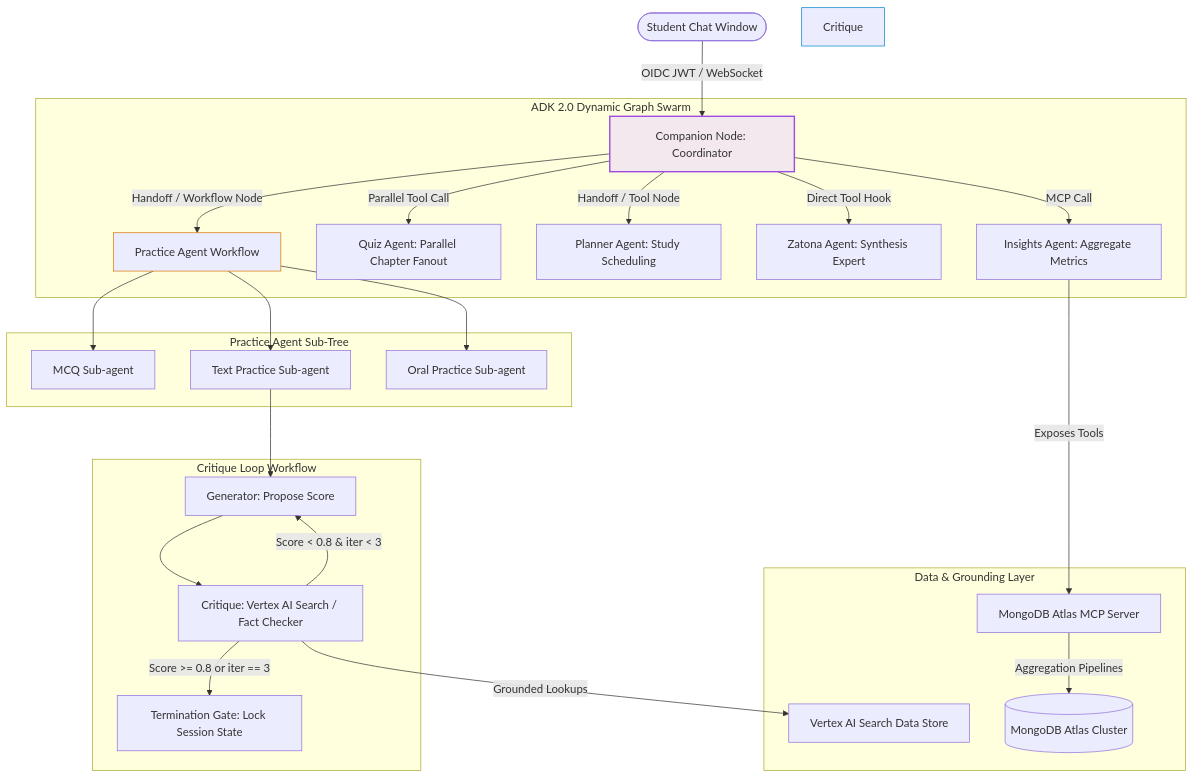
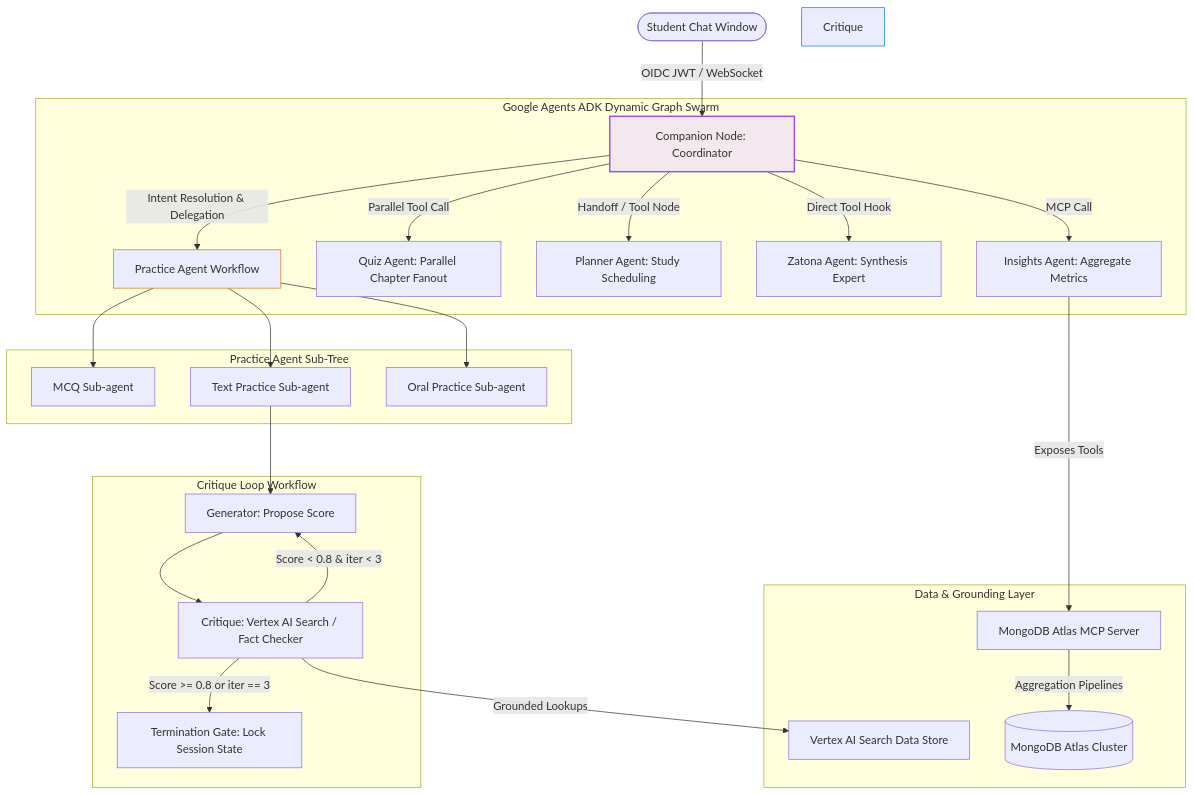
Before and after one commit to hesham88/fahem: the first of 2 diagrams in plan/fahem_swarm_adk_ultimate_master_plan.md, drawn with Mermaid. The commit also changed other lines of this file and 26 other files, not shown here.

````diff
--- a/plan/fahem_swarm_adk_ultimate_master_plan.md
+++ b/plan/fahem_swarm_adk_ultimate_master_plan.md
@@ -47,35 +67,35 @@
 ```mermaid
 graph TD
     User([Student Chat Window]) -->|OIDC JWT / WebSocket| Companion[Companion Node: Coordinator]
     
-    subgraph ADK 2.0 Dynamic Graph Swarm
-        Companion -->|Handoff / Workflow Node| Practice[Practice Agent Workflow]
+    subgraph Google Agents ADK Dynamic Graph Swarm
+        Companion -->|Intent Resolution & Delegation| Practice[Practice Agent Workflow]
         Companion -->|Parallel Tool Call| Quiz[Quiz Agent: Parallel Chapter Fanout]
         Companion -->|Handoff / Tool Node| Planner[Planner Agent: Study Scheduling]
         Companion -->|Direct Tool Hook| Zatona[Zatona Agent: Synthesis Expert]
         Companion -->|MCP Call| Insights[Insights Agent: Aggregate Metrics]
     end
 
     subgraph Practice Agent Sub-Tree
         Practice --> MCQ[MCQ Sub-agent]
         Practice --> Text[Text Practice Sub-agent]
         Practice --> Oral[Oral Practice Sub-agent]
     end
 
     subgraph Critique Loop Workflow
         Text --> Gen[Generator: Propose Score]
         Gen --> Crit[Critique: Vertex AI Search / Fact Checker]
         Crit -->|Score < 0.8 & iter < 3| Gen
         Crit -->|Score >= 0.8 or iter == 3| Term[Termination Gate: Lock Session State]
     end
 
     subgraph Data & Grounding Layer
         Insights -->|Exposes Tools| MCP[MongoDB Atlas MCP Server]
         Crit -->|Grounded Lookups| Vertex[Vertex AI Search Data Store]
         MCP -->|Aggregation Pipelines| Atlas[(MongoDB Atlas Cluster)]
     end
     
     style Companion fill:#f3e8ee,stroke:#9d4edd,stroke-width:2px;
     style Critique Loop fill:#e0f2fe,stroke:#0284c7,stroke-width:1px;
     style Practice Agent Sub-Tree fill:#fef3c7,stroke:#d97706,stroke-width:1px;
 ```
````
